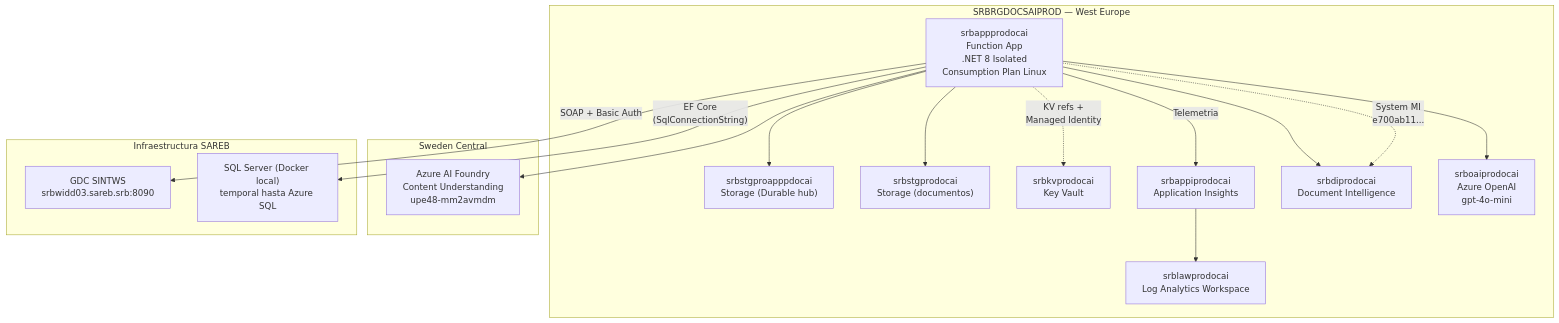
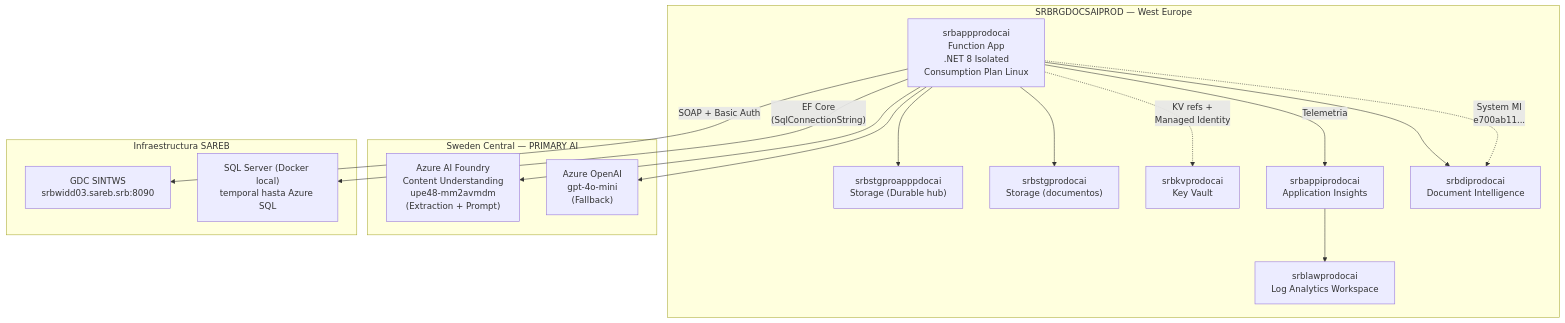
Before and after one commit to nvcrisologo02/AI-DocClassExt: the fourth of 6 diagrams in docs/01_ARQUITECTURA_SISTEMA.md, drawn with Mermaid. The commit also changed 3 other files, not shown here.

````diff
--- a/docs/01_ARQUITECTURA_SISTEMA.md
+++ b/docs/01_ARQUITECTURA_SISTEMA.md
@@ -372,35 +372,35 @@
 ```mermaid
 flowchart TB
     subgraph RG["SRBRGDOCSAIPROD — West Europe"]
         FUNCAPP["srbappprodocai<br/>Function App<br/>.NET 8 Isolated<br/>Consumption Plan Linux"]
         STG_HUB["srbstgproapppdocai<br/>Storage (Durable hub)"]
         STG_DOCS["srbstgprodocai<br/>Storage (documentos)"]
         KV["srbkvprodocai<br/>Key Vault"]
         APPINS["srbappiprodocai<br/>Application Insights"]
         LAW["srblawprodocai<br/>Log Analytics Workspace"]
         DI_PROD["srbdiprodocai<br/>Document Intelligence"]
-        OAI["srboaiprodocai<br/>Azure OpenAI<br/>gpt-4o-mini"]
     end
 
-    subgraph SwedenCentral["Sweden Central"]
-        CU_PROD["Azure AI Foundry<br/>Content Understanding<br/>upe48-mm2avmdm"]
+    subgraph SwedenCentral["Sweden Central — PRIMARY AI"]
+        CU_PROD["Azure AI Foundry<br/>Content Understanding<br/>upe48-mm2avmdm<br/>(Extraction + Prompt)"]
+        OAI["Azure OpenAI<br/>gpt-4o-mini<br/>(Fallback)"]
     end
 
     subgraph OnPrem["Infraestructura SAREB"]
         GDC_PROD["GDC SINTWS<br/>srbwidd03.sareb.srb:8090"]
         SQL_TEMP["SQL Server (Docker local)<br/>temporal hasta Azure SQL"]
     end
 
     FUNCAPP --> STG_HUB
     FUNCAPP --> STG_DOCS
     FUNCAPP -.->|"KV refs +<br/>Managed Identity"| KV
     FUNCAPP -->|"Telemetria"| APPINS
     APPINS --> LAW
     FUNCAPP --> DI_PROD
     FUNCAPP --> OAI
     FUNCAPP --> CU_PROD
     FUNCAPP -->|"SOAP + Basic Auth"| GDC_PROD
     FUNCAPP -->|"EF Core<br/>(SqlConnectionString)"| SQL_TEMP
 
     FUNCAPP -.->|"System MI<br/>e700ab11..."| DI_PROD
 ```
````
